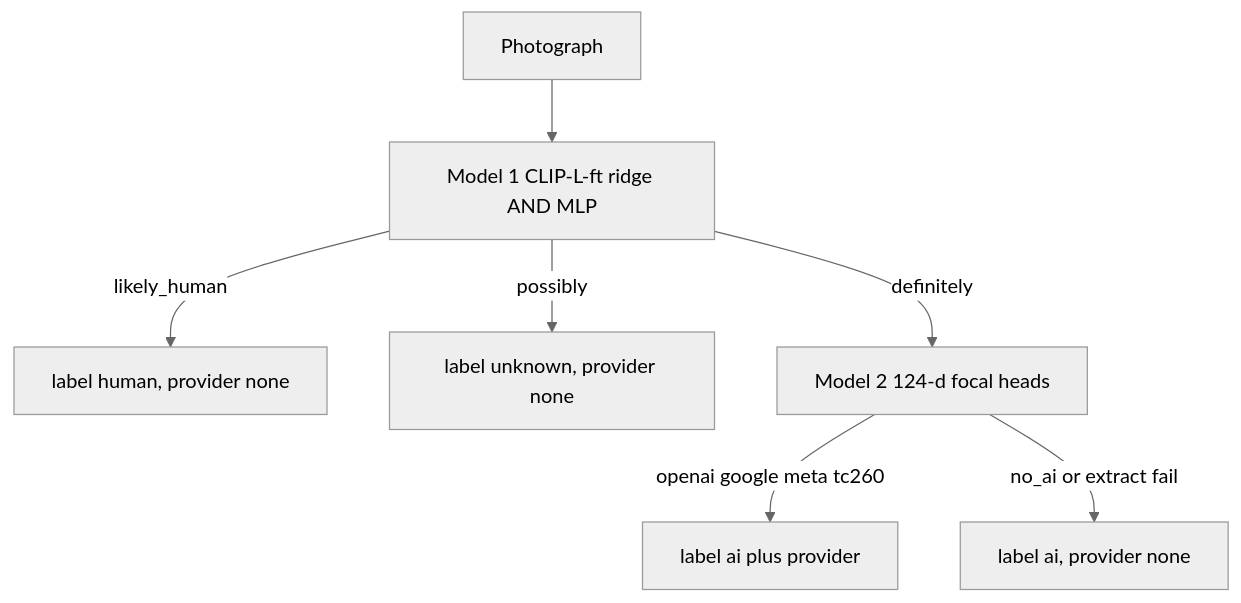
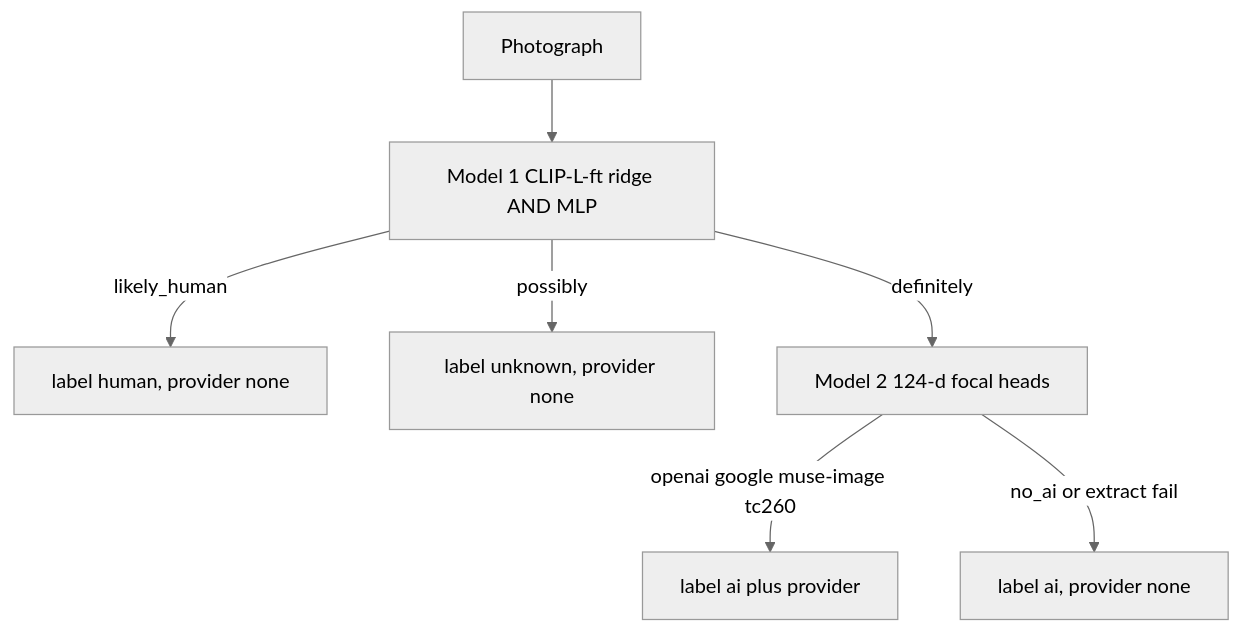
The diagram in docs/photo-classify.md (DKalimist/remove-ai-watermarks), drawn with Mermaid (neutral theme) before and after one commit. The commit also changed other lines of this file and 8 other files, not shown here.

````diff
--- a/docs/photo-classify.md
+++ b/docs/photo-classify.md
@@ -51,9 +51,9 @@
 ```mermaid
 flowchart TD
   image[Photograph] --> m1[Model 1 CLIP-L-ft ridge AND MLP]
   m1 -->|likely_human| human["label human, provider none"]
   m1 -->|possibly| unk["label unknown, provider none"]
   m1 -->|definitely| m2[Model 2 124-d focal heads]
-  m2 -->|openai google meta tc260| named["label ai plus provider"]
+  m2 -->|openai google muse-image tc260| named["label ai plus provider"]
   m2 -->|no_ai or extract fail| aiOnly["label ai, provider none"]
 ```
````
